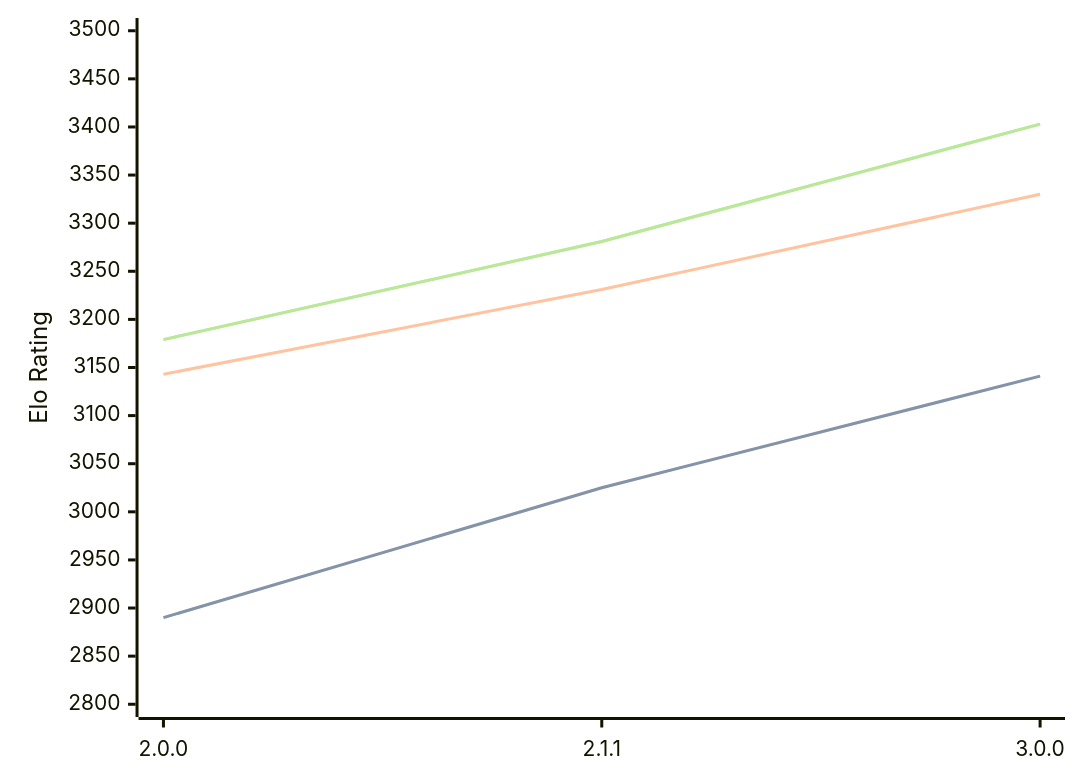
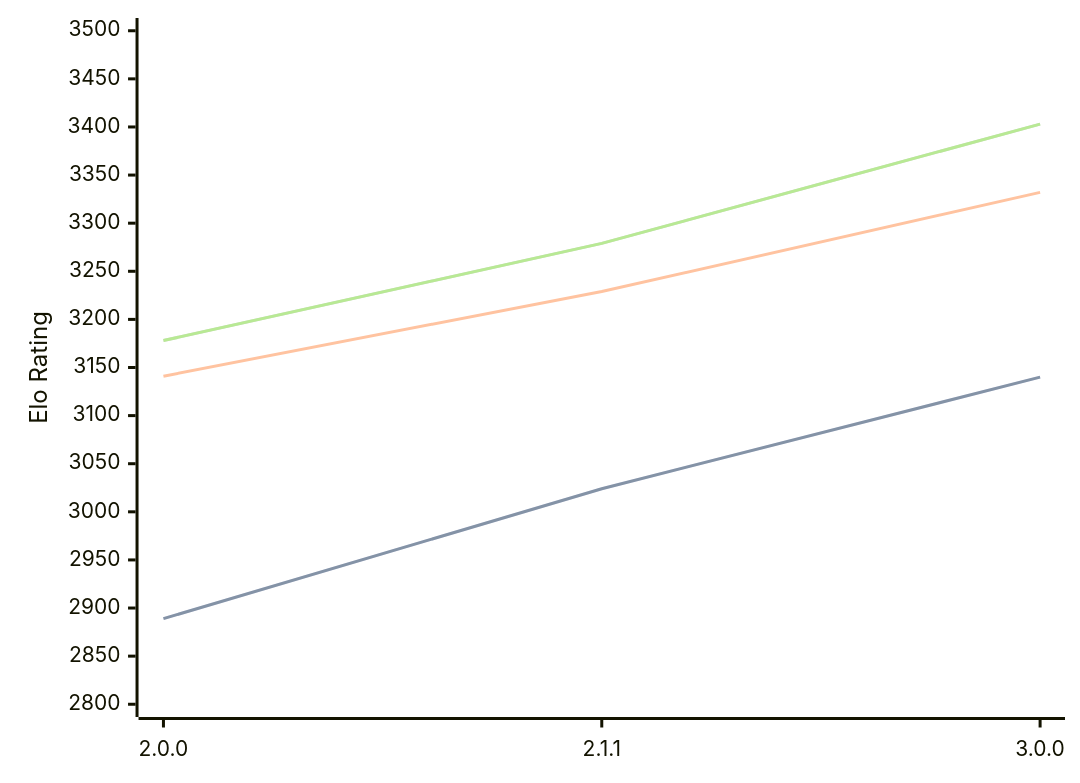
One commit to computer-chess-index/cci changed the diagram in engines/Bread.md. Above: the diagram before and after it, drawn with Mermaid. The commit also changed other lines of this file, not shown here.

Commit message:
Update CCI Ratings (ELO VLTC) - 2026-03-23

````diff
--- a/engines/Bread.md
+++ b/engines/Bread.md
@@ -51,11 +51,11 @@
 ```mermaid
 %%{init: {"theme":"base","themeVariables":{"seriesColors:['#a3a3a3','#222221','#faa371']}}}%%
 xychart-beta
   x-axis ["2.0.0", "2.1.1", "3.0.0"]
   y-axis "Elo Rating" 2800 --> 3500
-  line "STC (8.0+0.08s)" [2890, 3025, 3141]
-  line "STC (8.0+0.08s)" [2890, 3025, 3141]
-  line "LTC (60.0+0.60s)" [3143, 3231, 3330]
-  line "VLTC (2m24s+1.12s)" [3179, 3281, 3403]
-  line "VLTC (2m24s+1.12s)" [3179, 3281, 3403]
+  line "STC (8.0+0.08s)" [2889, 3024, 3140]
+  line "STC (8.0+0.08s)" [2889, 3024, 3140]
+  line "LTC (60.0+0.60s)" [3141, 3229, 3332]
+  line "VLTC (2m24s+1.12s)" [3178, 3279, 3403]
+  line "VLTC (2m24s+1.12s)" [3178, 3279, 3403]
 ```
````
